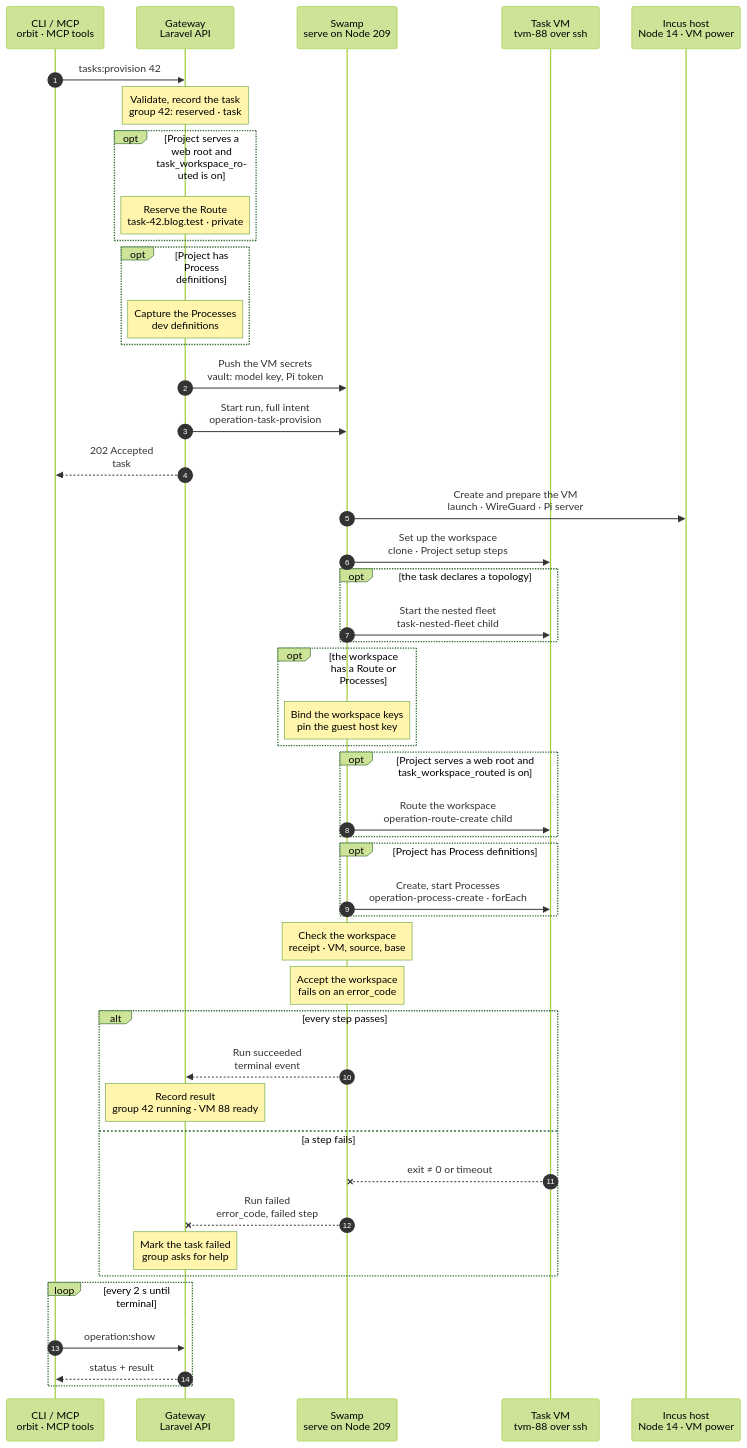
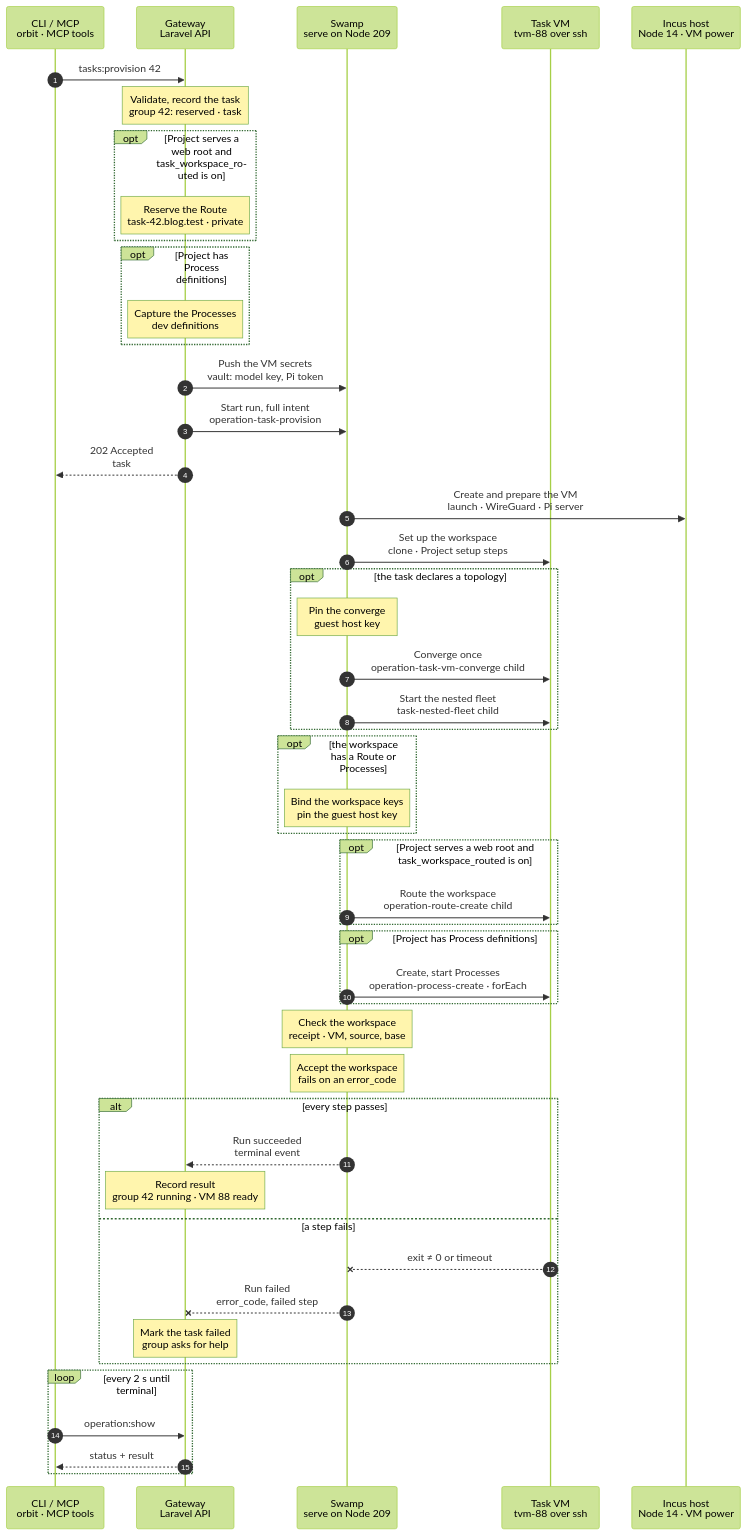
The diagram in docs/cli/tasks/provision.mmd (hardimpactdev/orbit), drawn with Mermaid (forest theme) before and after one commit. The commit also changed 10 other files, not shown here.

First line of the commit message:
Converge once in the provision before the nested fleet (#2821)

```diff
--- a/docs/cli/tasks/provision.mmd
+++ b/docs/cli/tasks/provision.mmd
@@ -1,80 +1,88 @@
 sequenceDiagram
   %% Target design: ADR 0244 (a task group is one root task; Pi turns use the pi driver), Recall swamp-tasks-swamp-orchestrates-pi + task-vms-swamp-via-ssh, DECISIONS R1-R4.
   %% Tightened: flow-tighten 2026-11-02, rule 22. Cut 2026-11-02 (orchestrator): provision creates the VM and the workspace only; the group-run driver composes tasks.check, tasks.turn, tasks.publish, tasks.park and tasks.cancel.
   %% Reviewed: Nick 2026-11-03 (P1): the workspace gets the Project's Route and Processes through the same children as instance:create; rules 23 and 25. What it covers, capacity and image fallback are on the docs page.
   %% status: reviewed
   %% command: tasks:provision
   %% kind: tasks.provision
   autonumber
   %% lane CLI icon=terminal pill=caller tone=gray
   %% lane GW icon=gateway pill=intent tone=blue
   %% lane SW icon=workflow pill=executes tone=green
   %% lane VM icon=server pill=target tone=amber
   %% lane H icon=server pill=target tone=purple
   participant CLI as CLI / MCP<br/>orbit · MCP tools
   participant GW as Gateway<br/>Laravel API
   participant SW as Swamp<br/>serve on Node 209
   participant VM as Task VM<br/>tvm-88 over ssh
   participant H as Incus host<br/>Node 14 · VM power
   CLI->>GW: tasks:provision 42
   Note over GW: Validate, record the task<br/>group 42: reserved · task #5140
   %%> When it waits:
   %%> - no host has room or a usable image: the task waits (`capacity`) and starts when a VM is destroyed or an image is promoted
   opt Project serves a web root and task_workspace_routed is on
     Note over GW: Reserve the Route<br/>task-42.blog.test · private
     %%> Why first:
     %%> - the Route changes how Process units render; capturing Processes after it keeps admission and dispatch identical
   end
   opt Project has Process definitions
     Note over GW: Capture the Processes<br/>dev definitions
   end
   GW->>SW: Push the VM secrets<br/>vault: model key, Pi token
   %%> Why:
   %%> - secrets go Gateway → vault → step; the run inputs hold only vault key names
   GW->>SW: Start run, full intent<br/>operation-task-provision
   GW-->>CLI: 202 Accepted<br/>task #5140
   SW->>H: Create and prepare the VM<br/>launch · WireGuard · Pi server
   SW->>VM: Set up the workspace<br/>clone · Project setup steps
   %%> Why redacted:
   %%> - setup output stays on the VM; only a redacted 4 KiB tail reaches history
   opt the task declares a topology
+    Note over SW: Pin the converge<br/>guest host key
+    %%> Why:
+    %%> - the guest's host key exists only after the VM step pins it; the converge intent leaves it unset until then
+    SW->>VM: Converge once<br/>operation-task-vm-converge child
+    %%> What it does:
+    %%> - runs the task VM role phases on the outer VM (docs/cli/tasks/vm-converge.mmd): the NFS server with the export of the checkout to the nested network, the firewall rules of the bridge, and Incus with its default pool, the nested network and the topology seed pool recovered from the seed disk
+    %%> Why:
+    %%> - the image may predate these phases; a VM at the pins reports no change
     SW->>VM: Start the nested fleet<br/>task-nested-fleet child
     %%> What it does:
-    %%> - creates the nested network from the subnet that the ready copies of the seed store, copies the three ready copies, gives each its stored MAC and address, and starts them
+    %%> - creates the nested network from the subnet that the ready copies of the seed store (the converge may have made it; the fleet checks that its subnet is the stored one), copies the three ready copies, gives each its stored MAC and address, and starts them
     %%> - joins as operator: the VM makes its own WireGuard key, writes the public key into the nested Gateway's operator record with `incus exec`, puts it on the hub and brings up `wg-nested` as 10.45.0.10
     %%> - pushes the proof Swamp Club key from the VM into the nested Gateway and restarts its Swamp
     %%> Why:
     %%> - the task owns the network and the three VMs; it needs no earlier fleet and no state from another VM (stage 2 of the command development pipeline)
     %%> Decided by the orchestrator, for Nick's review: a seed without its three ready copies skips the fleet until the fleet build (`task_vm.fleet_build`) lands; the result records `nested_fleet: none`
     %%> Not built yet in this step:
     %%> - the NFS mount of the checkout, the apply step, the readiness check and the `base` snapshot
   end
   opt the workspace has a Route or Processes
     Note over SW: Bind the workspace keys<br/>pin the guest host key
     %%> Why:
     %%> - the guest's host key exists only after the VM step pins it; the Gateway leaves only the guest's targets unpinned
   end
   opt Project serves a web root and task_workspace_routed is on
     SW->>VM: Route the workspace<br/>operation-route-create child
     %%> Why a child:
     %%> - the same Route child instance:create runs; its signing authorizes against this root run
   end
   opt Project has Process definitions
     SW->>VM: Create, start Processes<br/>operation-process-create · forEach
   end
   Note over SW: Check the workspace<br/>receipt · VM, source, base
   Note over SW: Accept the workspace<br/>fails on an error_code
   alt every step passes
     SW-->>GW: Run succeeded<br/>terminal event
     Note over GW: Record result<br/>group 42 running · VM 88 ready
   else a step fails
     VM--xSW: exit ≠ 0 or timeout
     SW--xGW: Run failed<br/>error_code, failed step
     Note over GW: Mark the task failed<br/>group asks for help
     %%> On the VM:
     %%> - VM 88 and its checkout stay; there is no rollback; `tasks:cancel 42` ends the group and removes the VM
   end
   loop every 2 s until terminal
     CLI->>GW: operation:show #5140
     GW-->>CLI: status + result
   end
```
